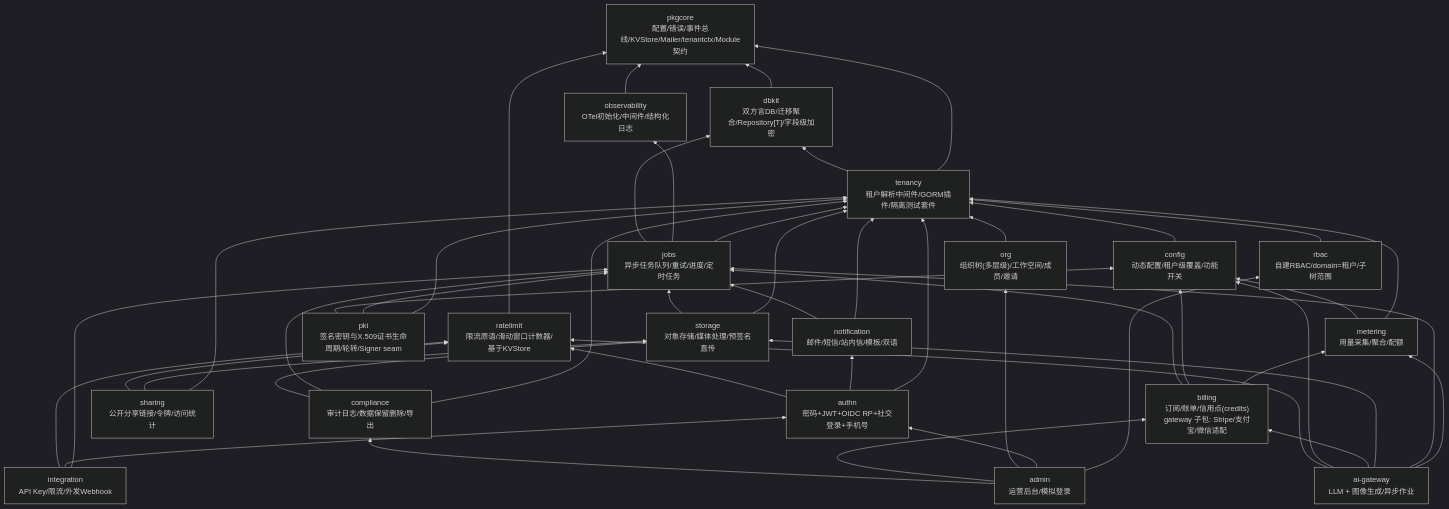
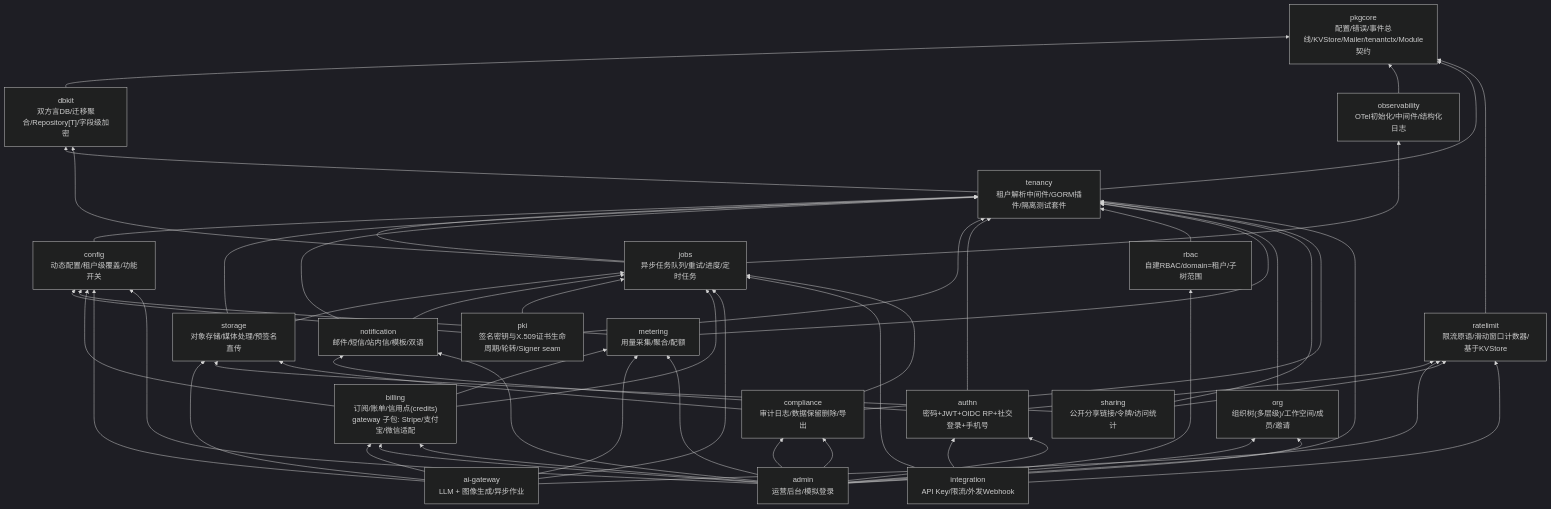
One commit to vislake/speed changed the diagram in docs/internal/01-architecture.md. Above: the diagram before and after it, drawn with Mermaid (dark theme). The commit also changed 3 other files, not shown here.

````diff
--- a/docs/internal/01-architecture.md
+++ b/docs/internal/01-architecture.md
@@ -10,70 +10,77 @@
 ```mermaid
 graph BT
     pkgcore["pkgcore<br/>配置/错误/事件总线/KVStore/Mailer/tenantctx/Module契约"]
     dbkit["dbkit<br/>双方言DB/迁移聚合/Repository[T]/字段级加密"]
     obs["observability<br/>OTel初始化/中间件/结构化日志"]
     tenancy["tenancy<br/>租户解析中间件/GORM插件/隔离测试套件"]
     ratelimit["ratelimit<br/>限流原语/滑动窗口计数器/基于KVStore"]
     cfg["config<br/>动态配置/租户级覆盖/功能开关"]
     jobs["jobs<br/>异步任务队列/重试/进度/定时任务"]
     storage["storage<br/>对象存储/媒体处理/预签名直传"]
     notify["notification<br/>邮件/短信/站内信/模板/双语"]
     pki["pki<br/>签名密钥与X.509证书生命周期/轮转/Signer seam"]
     authn["authn<br/>密码+JWT+OIDC RP+社交登录+手机号"]
     rbac["rbac<br/>自建RBAC/domain=租户/子树范围"]
     metering["metering<br/>用量采集/聚合/配额"]
     org["org<br/>组织树(多层级)/工作空间/成员/邀请"]
     billing["billing<br/>订阅/账单/信用点(credits)<br/>gateway 子包: Stripe/支付宝/微信适配"]
     ai["ai-gateway<br/>LLM + 图像生成/异步作业"]
     sharing["sharing<br/>公开分享链接/令牌/访问统计"]
     integ["integration<br/>API Key/限流/外发Webhook"]
     comp["compliance<br/>审计日志/数据保留删除/导出"]
     admin["admin<br/>运营后台/模拟登录"]
 
     dbkit --> pkgcore
     obs --> pkgcore
     tenancy --> pkgcore
     tenancy --> dbkit
     ratelimit --> pkgcore
     cfg --> tenancy
     jobs --> tenancy
     jobs --> obs
     jobs --> dbkit
     storage --> tenancy
     storage --> jobs
     notify --> tenancy
     notify --> jobs
     pki --> tenancy
     pki --> jobs
     pki --> cfg
     authn --> tenancy
     authn --> notify
     authn --> ratelimit
     rbac --> tenancy
     metering --> tenancy
     metering --> cfg
     org --> tenancy
     billing --> metering
     billing --> cfg
     billing --> jobs
     ai --> metering
     ai --> jobs
     ai --> storage
     ai --> billing
     ai --> cfg
     ai --> ratelimit
     sharing --> tenancy
     sharing --> storage
     sharing --> ratelimit
     integ --> jobs
     integ --> authn
     integ --> ratelimit
     comp --> tenancy
     comp --> jobs
     comp --> storage
     admin --> rbac
     admin --> authn
+    admin --> tenancy
+    admin --> org
+    admin --> cfg
+    admin --> notify
+    admin --> billing
+    admin --> metering
+    admin --> comp
     admin --> org
     admin --> billing
     admin --> comp
 ```
````
